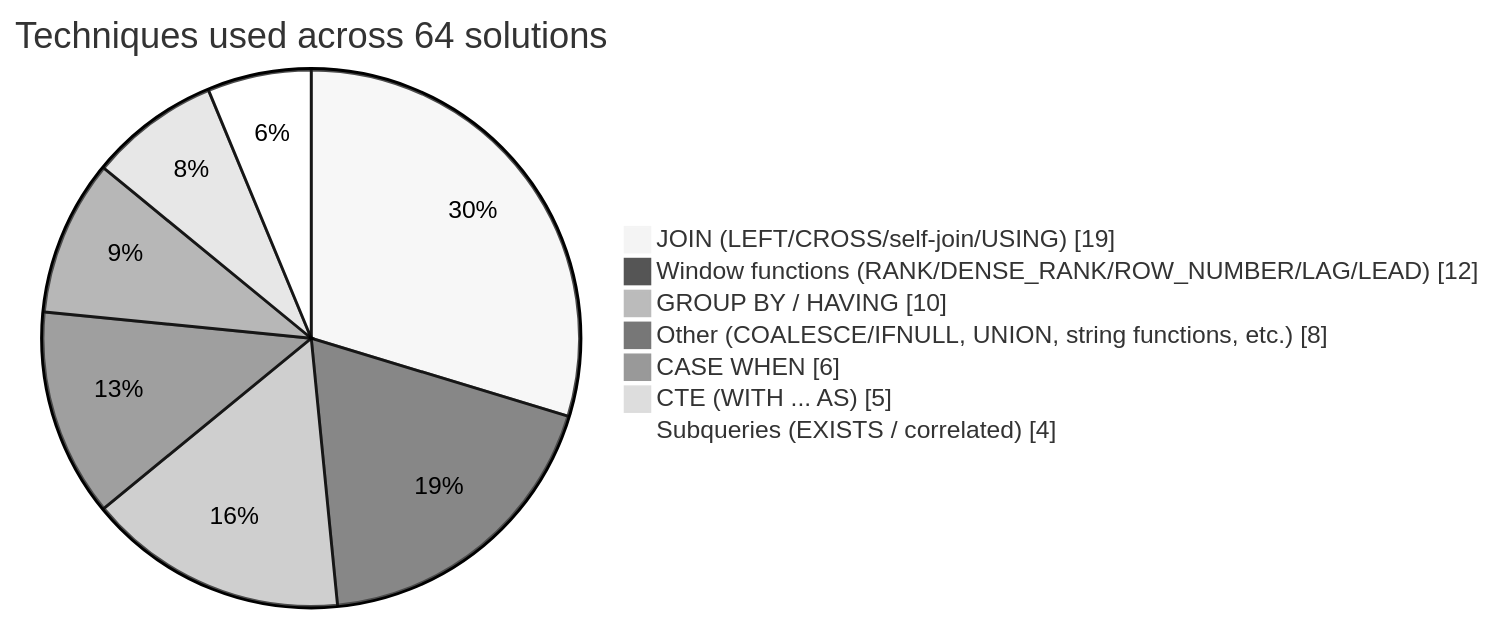
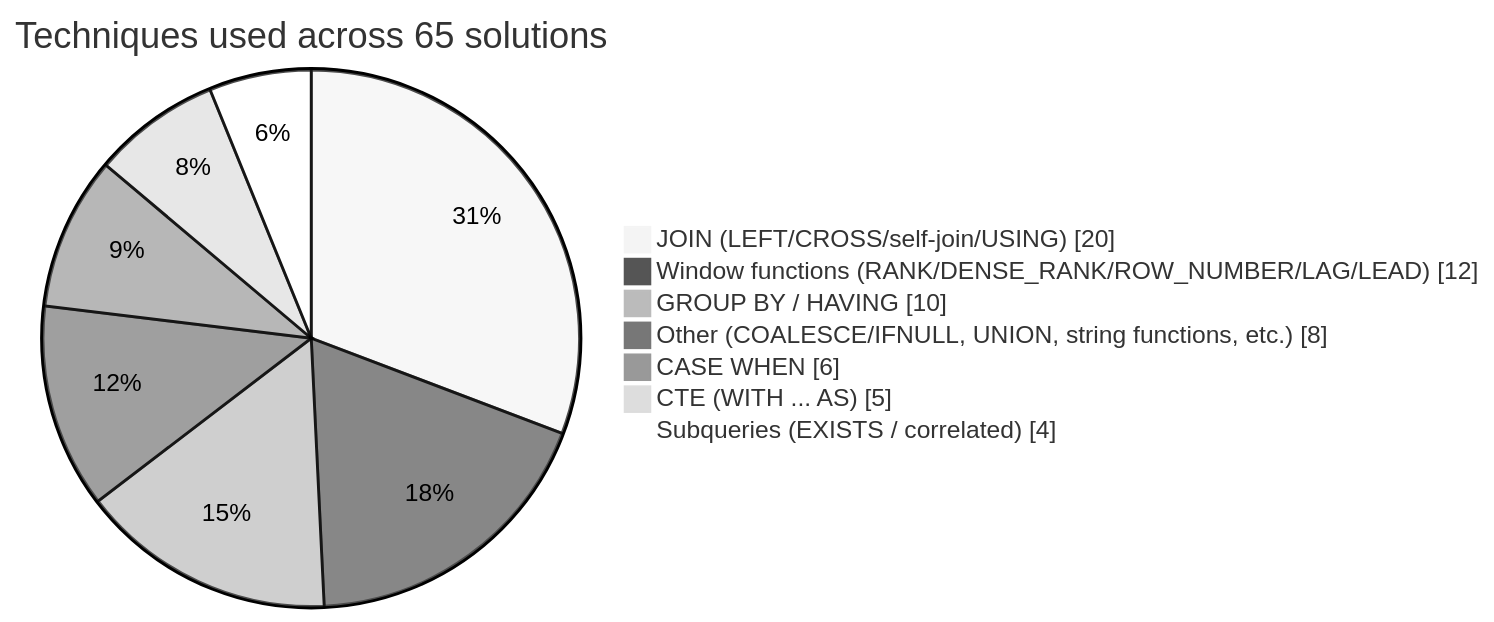
The diagram in README.md (ruhlanrzayev/LeetCode_SQL_Problems), drawn with Mermaid (neutral theme) before and after one commit. The commit also changed other lines of this file, not shown here.

Commit message:
chore: auto-update technique breakdown chart

````diff
--- a/README.md
+++ b/README.md
@@ -11,11 +11,11 @@
 ```mermaid
 pie showData
-    title Techniques used across 64 solutions
-    "JOIN (LEFT/CROSS/self-join/USING)" : 19
+    title Techniques used across 65 solutions
+    "JOIN (LEFT/CROSS/self-join/USING)" : 20
     "Window functions (RANK/DENSE_RANK/ROW_NUMBER/LAG/LEAD)" : 12
     "GROUP BY / HAVING" : 10
     "Other (COALESCE/IFNULL, UNION, string functions, etc.)" : 8
     "CASE WHEN" : 6
     "CTE (WITH ... AS)" : 5
     "Subqueries (EXISTS / correlated)" : 4
 ```
````
